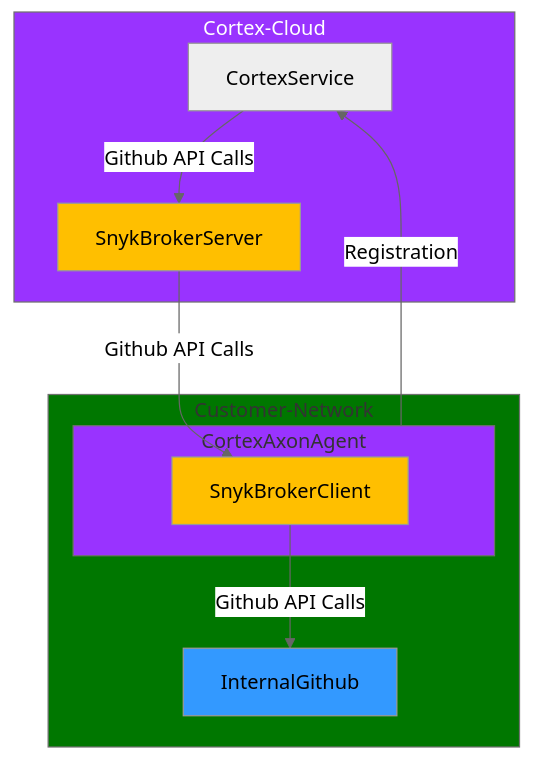
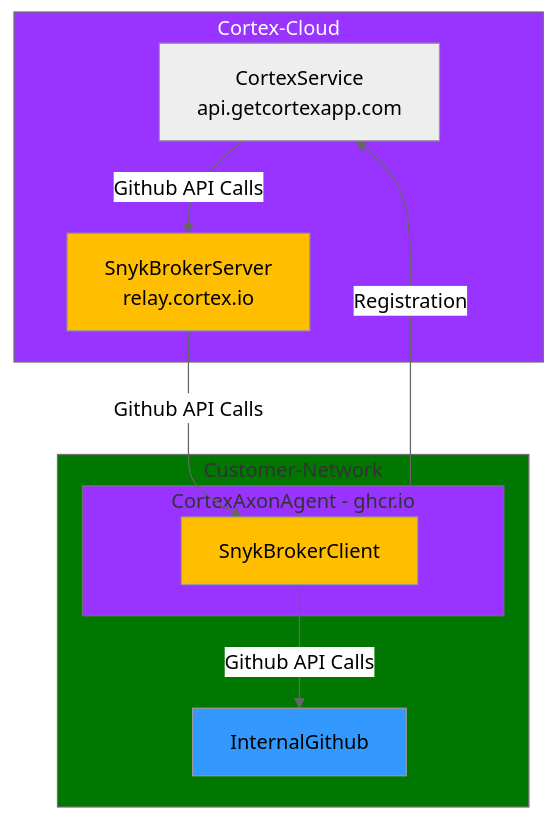
One commit to cortexapps/axon changed the diagram in README.relay.md. Above: the diagram before and after it, drawn with Mermaid (neutral theme). The commit also changed other lines of this file, not shown here.

````diff
--- a/README.relay.md
+++ b/README.relay.md
@@ -105,28 +105,28 @@
 ```mermaid
 graph TD
    
     CortexAxonAgent -->|Registration| CortexService
 
     SnykBrokerServer -->|Github API Calls|SnykBrokerClient
     SnykBrokerClient -->|Github API Calls|InternalGithub
     CortexService -->|Github API Calls|SnykBrokerServer
 
     subgraph Cortex-Cloud
-        CortexService        
-        SnykBrokerServer
+        CortexService["CortexService<br/>api.getcortexapp.com"]           
+        SnykBrokerServer["SnykBrokerServer<br/>relay.cortex.io"]
     end
 
     subgraph Customer-Network
-        subgraph CortexAxonAgent
+        subgraph CortexAxonAgent["CortexAxonAgent - ghcr.io"]
             SnykBrokerClient
         end
         InternalGithub
     end
 
     style Cortex-Cloud fill:#93f, color:white
     style CortexAxonAgent fill:#93f
     style Customer-Network fill:#070
     style SnykBrokerServer fill:#ffbf00,color:black
     style SnykBrokerClient fill:#ffbf00,color:black
     style InternalGithub fill:#39f
 ```
````
